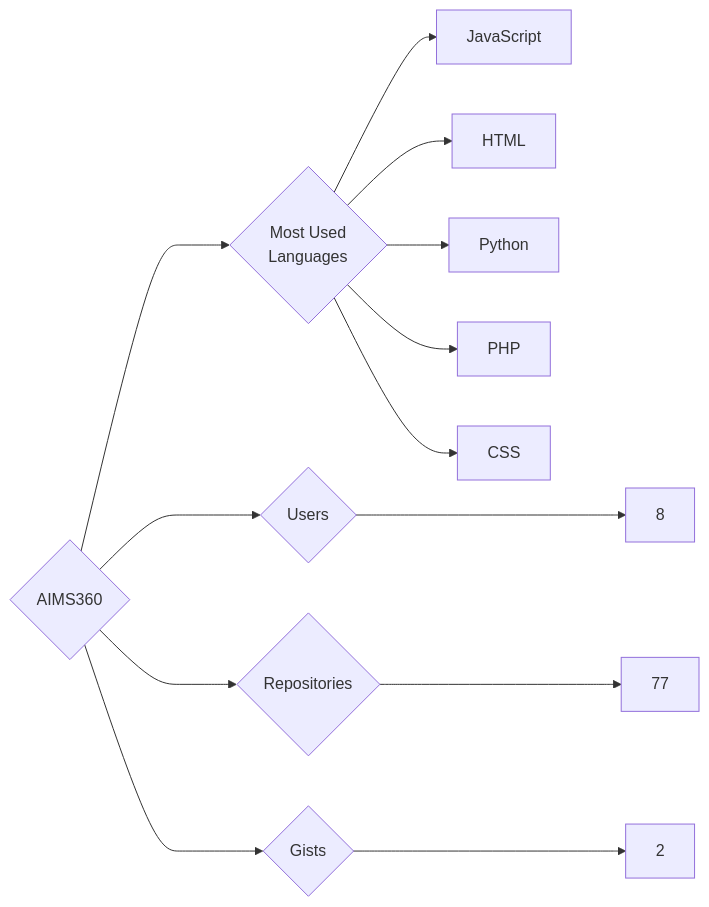
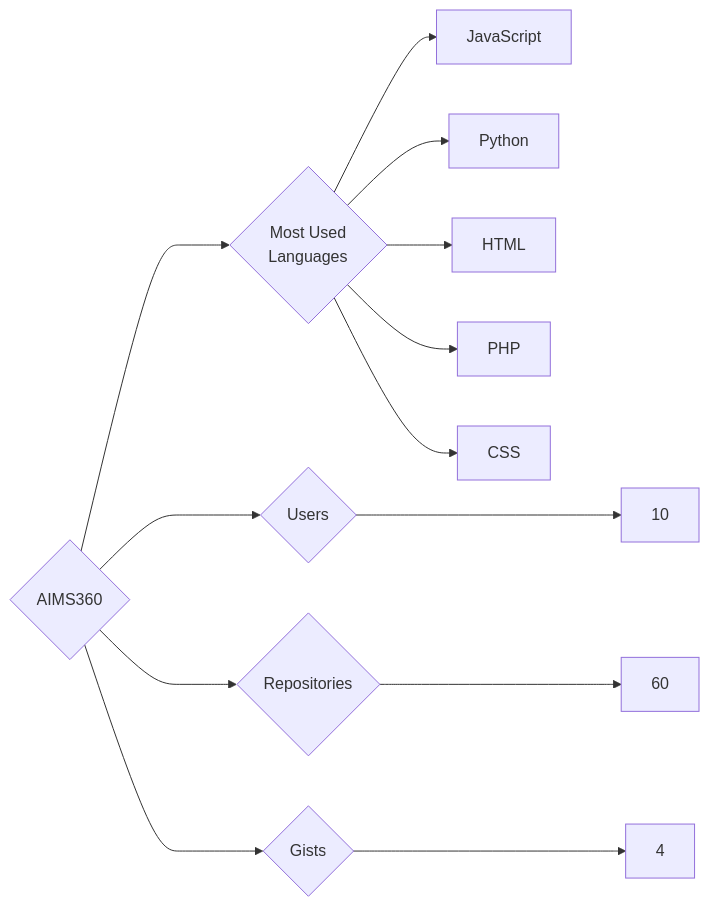
One commit to trickest/insiders changed the diagram in targets/AIMS360/README.md. Above: the diagram before and after it, drawn with Mermaid. The commit also changed 1195 other files, not shown here.

````diff
--- a/targets/AIMS360/README.md
+++ b/targets/AIMS360/README.md
@@ -3,13 +3,13 @@
 ```mermaid
 graph LR
 COMPANY_NAME{AIMS360}
-COMPANY_NAME ---> U{Users} ---> UN[8]
-COMPANY_NAME ---> R{Repositories} ---> RN[77]
-COMPANY_NAME ---> G{Gists} ---> GN[2]
+COMPANY_NAME ---> U{Users} ---> UN[10]
+COMPANY_NAME ---> R{Repositories} ---> RN[60]
+COMPANY_NAME ---> G{Gists} ---> GN[4]
 COMPANY_NAME ---> ML{Most Used<br>Languages}
 ML --> JavaScript[JavaScript]
+ML --> Python[Python]
 ML --> HTML[HTML]
-ML --> Python[Python]
 ML --> PHP[PHP]
 ML --> CSS[CSS]
 ```
````
